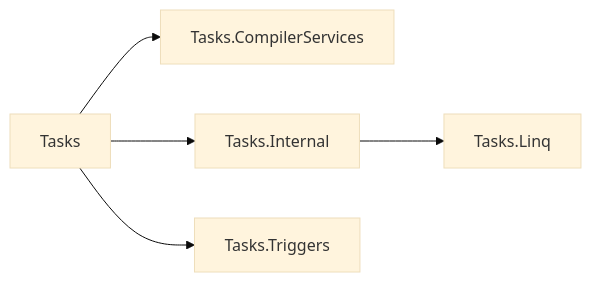
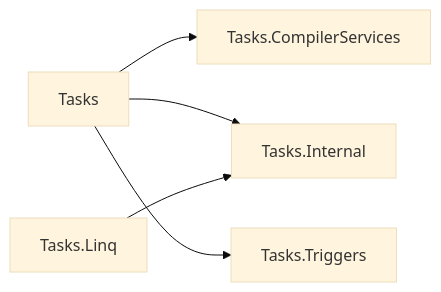
One commit to VeyronSakai/Zenn changed the diagram in articles/68bb99c05e3f0e.md. Above: the diagram before and after it, drawn with Mermaid (base theme). The commit also changed other lines of this file, not shown here.

````diff
--- a/articles/68bb99c05e3f0e.md
+++ b/articles/68bb99c05e3f0e.md
@@ -89,8 +89,10 @@
 ```mermaid
 flowchart LR
   Tasks --> Tasks.CompilerServices
 
-  Tasks --> Tasks.Internal --> Tasks.Linq
+  Tasks --> Tasks.Internal
 
   Tasks --> Tasks.Triggers
+
+  Tasks.Linq --> Tasks.Internal
 ```
````
